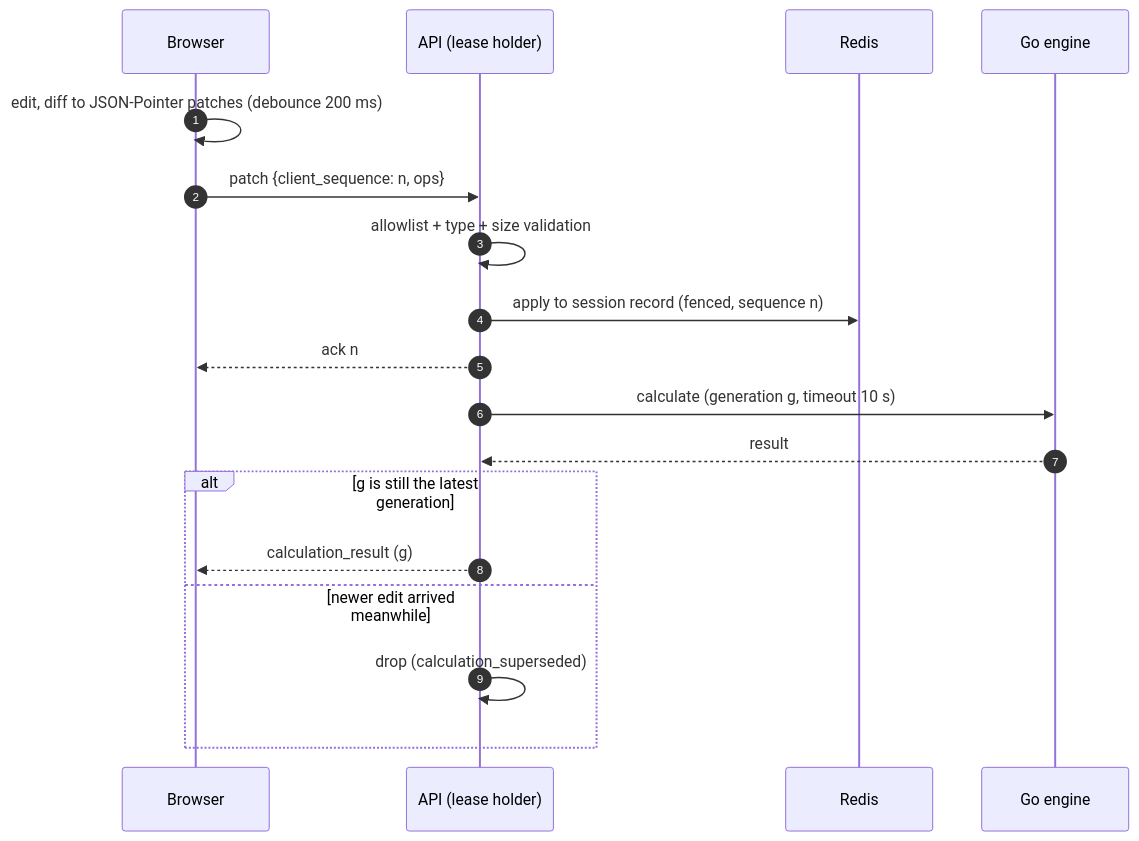
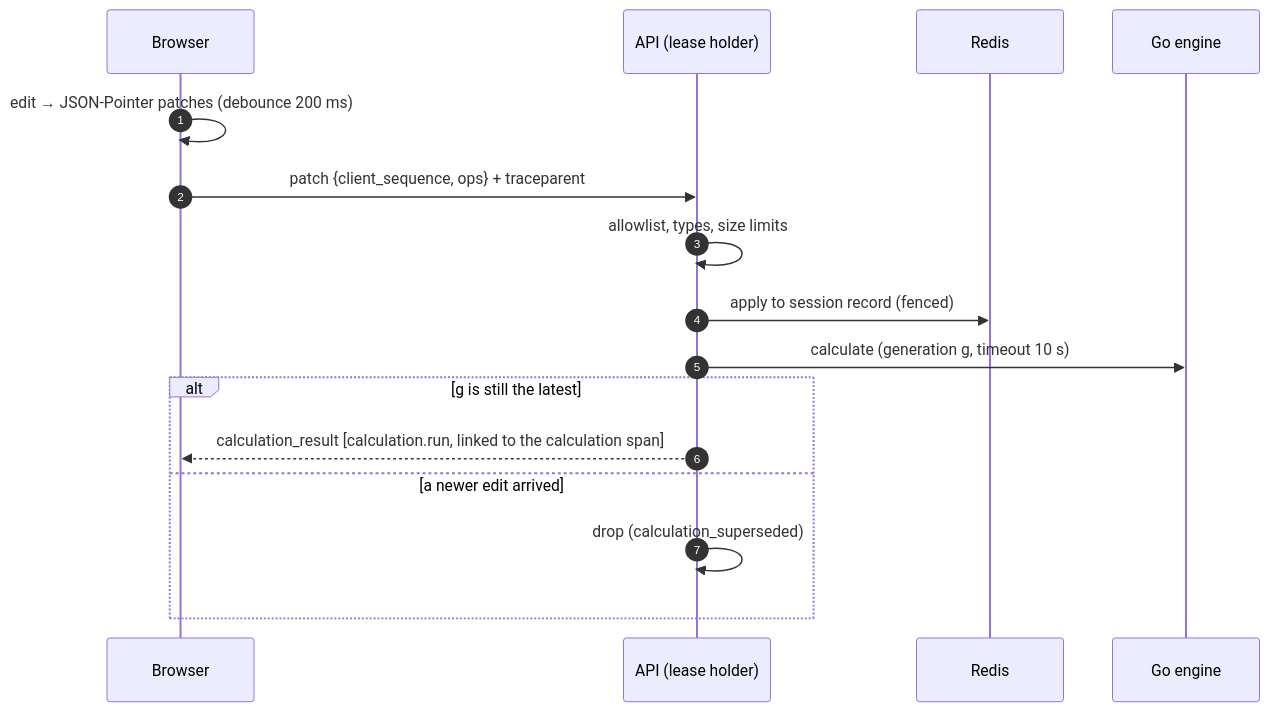
The fifth of 10 diagrams in ARCHITECTURE.md (Animesh-na/NM-Deploy), drawn with Mermaid before and after one commit. The commit also changed other lines of this file and 15 other files, not shown here.

````diff
--- a/ARCHITECTURE.md
+++ b/ARCHITECTURE.md
@@ -165,20 +176,18 @@
 ```mermaid
 sequenceDiagram
   autonumber
   participant B as Browser
   participant API as API (lease holder)
   participant R as Redis
   participant ENG as Go engine
-  B->>B: edit, diff to JSON-Pointer patches (debounce 200 ms)
-  B->>API: patch {client_sequence: n, ops}
-  API->>API: allowlist + type + size validation
-  API->>R: apply to session record (fenced, sequence n)
-  API-->>B: ack n
+  B->>B: edit → JSON-Pointer patches (debounce 200 ms)
+  B->>API: patch {client_sequence, ops} + traceparent
+  API->>API: allowlist, types, size limits
+  API->>R: apply to session record (fenced)
   API->>ENG: calculate (generation g, timeout 10 s)
-  ENG-->>API: result
-  alt g is still the latest generation
-    API-->>B: calculation_result (g)
-  else newer edit arrived meanwhile
+  alt g is still the latest
+    API-->>B: calculation_result  [calculation.run, linked to the calculation span]
+  else a newer edit arrived
     API->>API: drop (calculation_superseded)
   end
 ```
````
